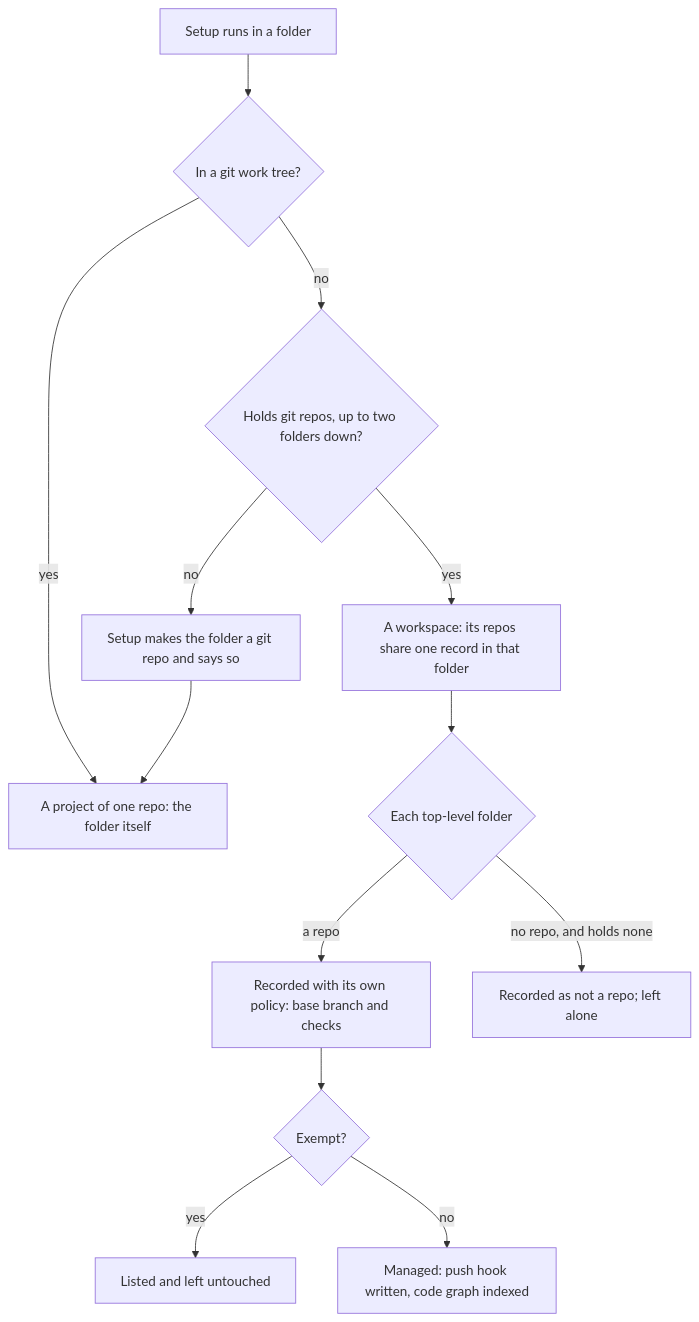
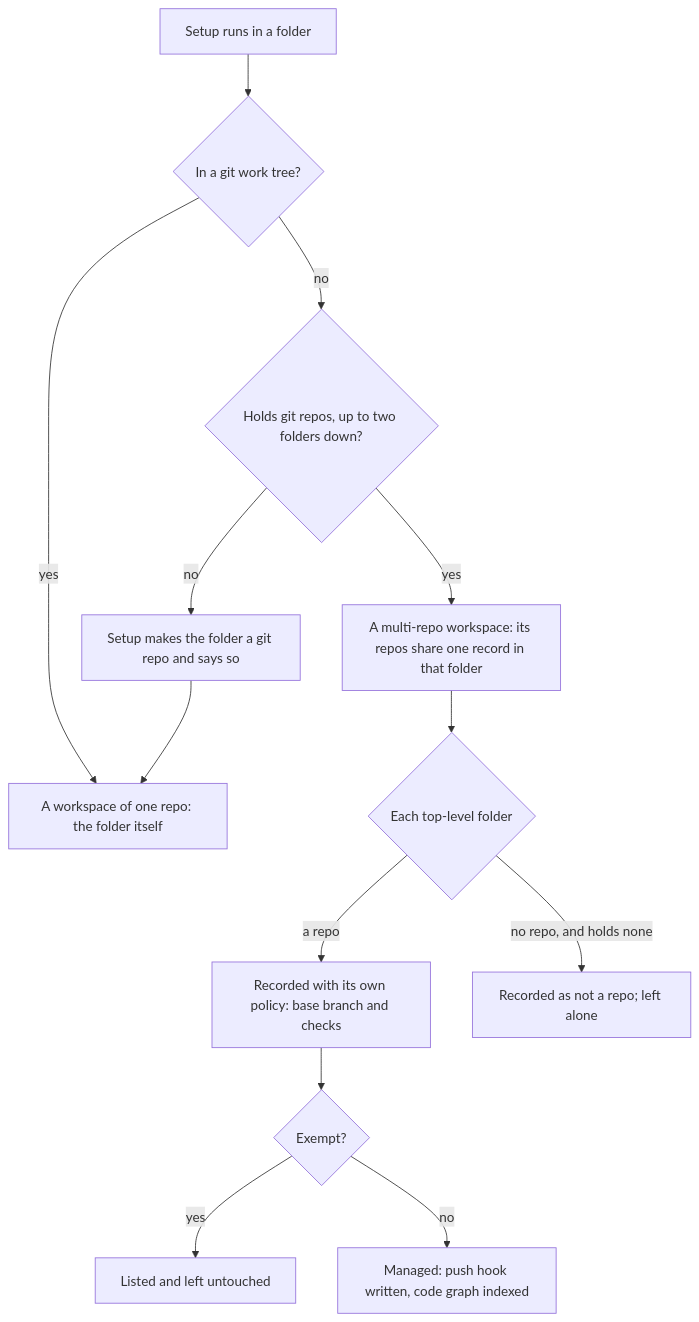
One commit to trustmybot/tmb changed the fifth of 5 diagrams in docs/flows/3_GIT.md. Above: the diagram before and after it, drawn with Mermaid. The commit also changed other lines of this file and 13 other files, not shown here.

Commit message:
📝 docs: architecture README review, source columns, workspace and ground-truth rule

````diff
--- a/docs/flows/3_GIT.md
+++ b/docs/flows/3_GIT.md
@@ -165,15 +165,15 @@
 ```mermaid
 flowchart TD
     A[Setup runs in a folder] --> B{In a git work tree?}
-    B -- yes --> ONE[A project of one repo: the folder itself]
+    B -- yes --> ONE[A workspace of one repo: the folder itself]
     B -- no --> C{Holds git repos, up to two folders down?}
     C -- no --> GI[Setup makes the folder a git repo and says so]
     GI --> ONE
-    C -- yes --> WS[A workspace: its repos share one record in that folder]
+    C -- yes --> WS[A multi-repo workspace: its repos share one record in that folder]
     WS --> F{Each top-level folder}
     F -- "a repo" --> R["Recorded with its own policy: base branch and checks"]
     F -- "no repo, and holds none" --> NR[Recorded as not a repo; left alone]
     R --> EX{Exempt?}
     EX -- yes --> LA[Listed and left untouched]
     EX -- no --> MG[Managed: push hook written, code graph indexed]
 ```
````
